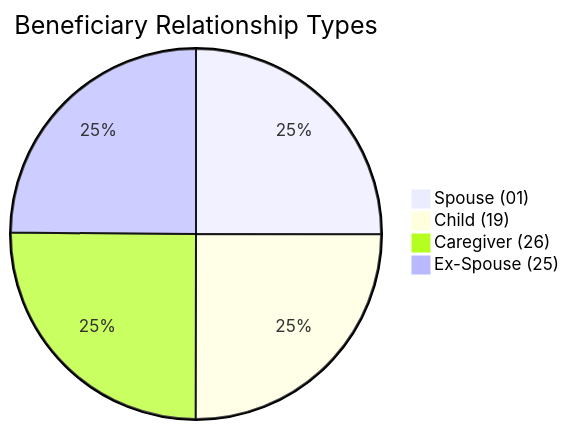
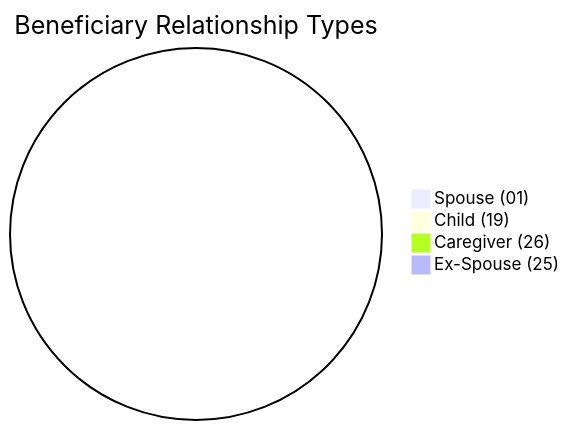
One commit to dhagan-va/intern-2025 changed the ninth of 11 diagrams in test-tools/DataGen/src/Statistics_Visualizer.md. Above: the diagram before and after it, drawn with Mermaid. The commit also changed other lines of this file and 7 other files, not shown here.

````diff
--- a/test-tools/DataGen/src/Statistics_Visualizer.md
+++ b/test-tools/DataGen/src/Statistics_Visualizer.md
@@ -98,7 +98,7 @@
 ```mermaid
 pie title Beneficiary Relationship Types
-    "Spouse (01)" : 25030
-    "Child (19)" : 24999
-    "Caregiver (26)" : 25092
-    "Ex-Spouse (25)" : 24879
+    "Spouse (01)" : 0
+    "Child (19)" : 0
+    "Caregiver (26)" : 0
+    "Ex-Spouse (25)" : 0
 ```
````
